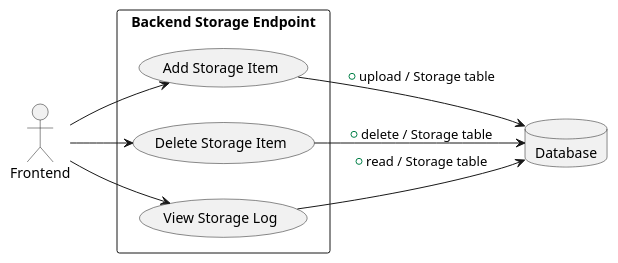
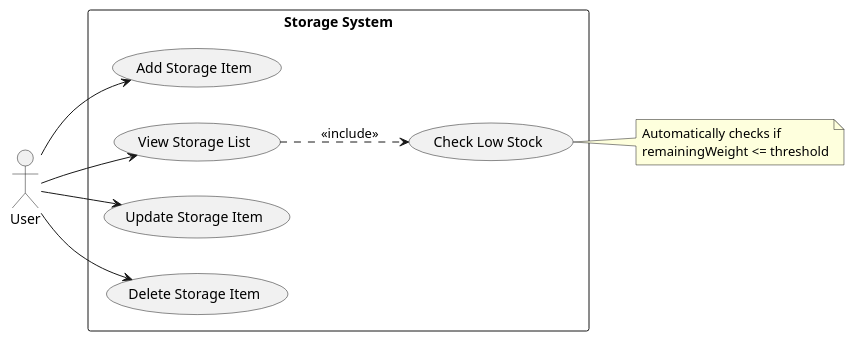
Before and after one commit to alfredbrannare/automagic-foodtracker-backend: the diagram in docs/system_documentation/diagrams/usecase/storage_management.puml, drawn with PlantUML. The commit also changed 5 other files, not shown here.

```diff
--- a/docs/system_documentation/diagrams/usecase/storage_management.puml
+++ b/docs/system_documentation/diagrams/usecase/storage_management.puml
@@ -1,22 +1,28 @@
 @startuml
 left to right direction
+skinparam packageStyle rectangle
 
-actor Frontend
+actor "User" as User
 
-rectangle "Backend Storage Endpoint" {
-    (Add Storage Item)
-    (Delete Storage Item)
-    (View Storage Log)
+rectangle "Storage System" {
+    usecase "Add Storage Item" as UC_Add
+    usecase "View Storage List" as UC_List
+    usecase "Update Storage Item" as UC_Update
+    usecase "Delete Storage Item" as UC_Delete
+    usecase "Check Low Stock" as UC_Check
 }
 
-database "Database" as DB
+User --> UC_Add
+User --> UC_List
+User --> UC_Update
+User --> UC_Delete
 
-Frontend --> (Add Storage Item)
-Frontend --> (Delete Storage Item)
-Frontend --> (View Storage Log)
+' System logic
+UC_List ..> UC_Check : <<include>>
 
-(Add Storage Item) --> DB : + upload / Storage table
-(Delete Storage Item) --> DB : + delete / Storage table
-(View Storage Log) --> DB : + read / Storage table
+note right of UC_Check
+  Automatically checks if
+  remainingWeight <= threshold
+end note
 
 @enduml
```
